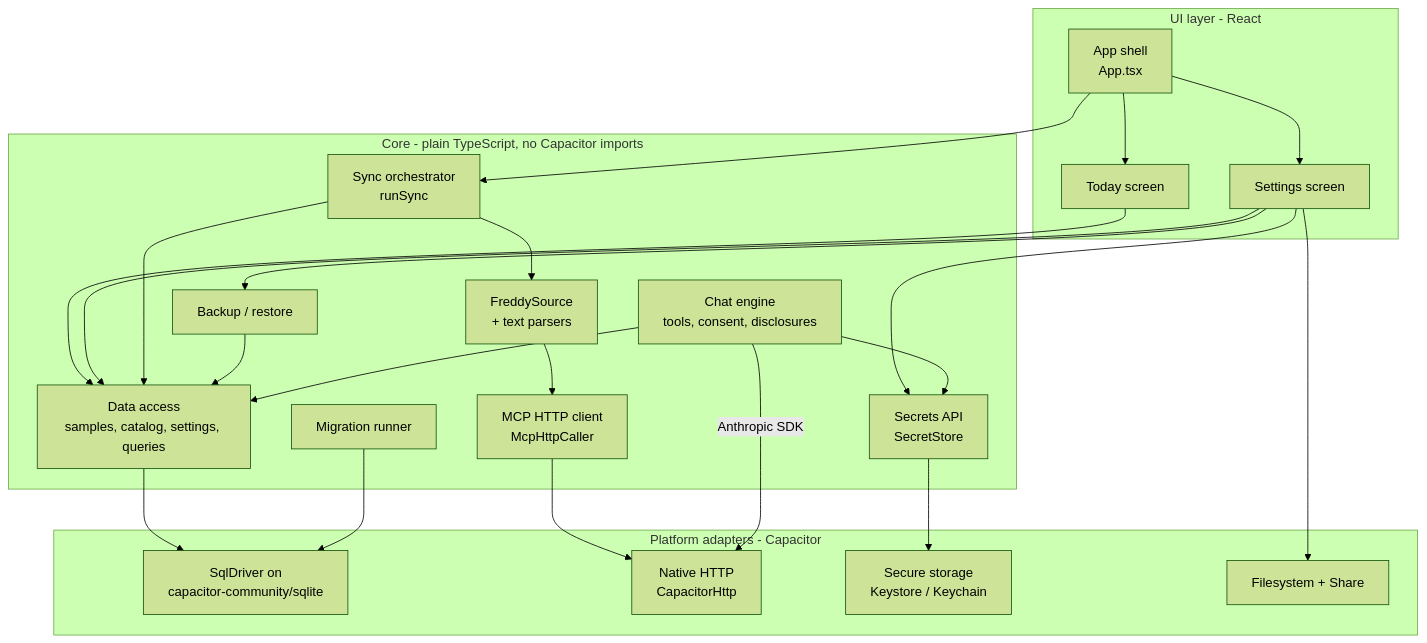
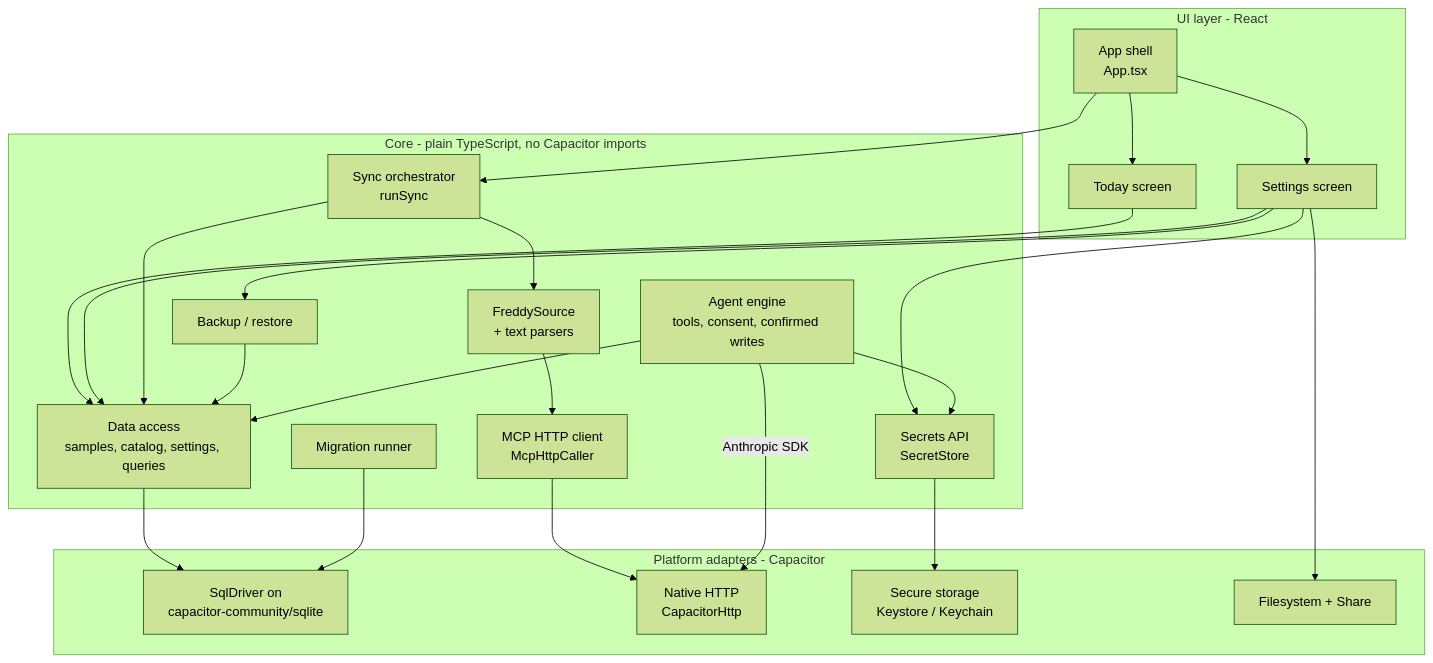
One commit to alfredoartilesv/even changed the second of 6 diagrams in docs/HLD.md. Above: the diagram before and after it, drawn with Mermaid (forest theme). The commit also changed other lines of this file and 22 other files, not shown here.

First line of the commit message:
Chat agent: confirmed writes through the app's own functions, photos, undo

````diff
--- a/docs/HLD.md
+++ b/docs/HLD.md
@@ -56,39 +56,39 @@
 ```mermaid
 flowchart TB
   subgraph ui[UI layer - React]
     appShell[App shell<br/>App.tsx]
     today[Today screen]
     settings[Settings screen]
   end
   subgraph core[Core - plain TypeScript, no Capacitor imports]
     sync[Sync orchestrator<br/>runSync]
     source[FreddySource<br/>+ text parsers]
     mcp[MCP HTTP client<br/>McpHttpCaller]
     backup[Backup / restore]
     repo[Data access<br/>samples, catalog, settings, queries]
     migrate[Migration runner]
     secretsApi[Secrets API<br/>SecretStore]
-    chat[Chat engine<br/>tools, consent, disclosures]
+    chat[Agent engine<br/>tools, consent, confirmed writes]
   end
   subgraph platform[Platform adapters - Capacitor]
     driver[SqlDriver on<br/>capacitor-community/sqlite]
     nativeHttp[Native HTTP<br/>CapacitorHttp]
     secure[Secure storage<br/>Keystore / Keychain]
     files[Filesystem + Share]
   end
 
   appShell --> today & settings
   appShell --> sync
   today --> repo
   settings --> backup & secretsApi & repo
   sync --> source --> mcp --> nativeHttp
   sync --> repo
   backup --> repo
   repo --> driver
   migrate --> driver
   secretsApi --> secure
   settings --> files
   chat --> repo
   chat --> secretsApi
   chat -- "Anthropic SDK" --> nativeHttp
 ```
````
